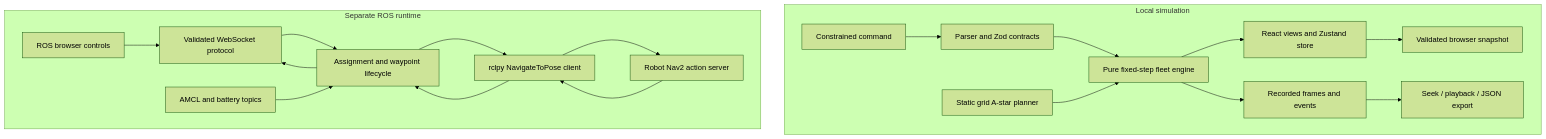
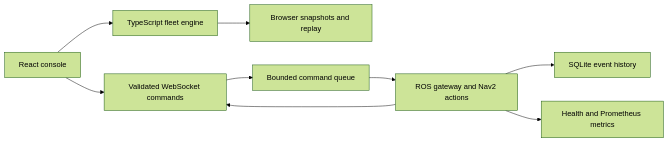
The diagram in README.md (Ekanshthegreat/NodeAI-rework), drawn with Mermaid (forest theme) before and after one commit. The commit also changed other lines of this file and 3 other files, not shown here.

````diff
--- a/README.md
+++ b/README.md
@@ -31,22 +28,11 @@
 ```mermaid
-flowchart TB
-  subgraph Local[Local simulation]
-    Command[Constrained command] --> Validate[Parser and Zod contracts]
-    Validate --> Engine[Pure fixed-step fleet engine]
-    Grid[Static grid A-star planner] --> Engine
-    Engine --> Views[React views and Zustand store]
-    Views --> Snapshot[Validated browser snapshot]
-    Engine --> Record[Recorded frames and events]
-    Record --> Playback[Seek / playback / JSON export]
-  end
-  subgraph ROS[Separate ROS runtime]
-    UI[ROS browser controls] --> Client[Validated WebSocket protocol]
-    Client --> Gateway[Assignment and waypoint lifecycle]
-    Gateway --> Action[rclpy NavigateToPose client]
-    Action --> Nav2[Robot Nav2 action server]
-    Nav2 --> Action
-    Action --> Gateway
-    Telemetry[AMCL and battery topics] --> Gateway
-    Gateway --> Client
-  end
+flowchart LR
+  Browser[React console] --> Sim[TypeScript fleet engine]
+  Sim --> Replay[Browser snapshots and replay]
+  Browser --> WS[Validated WebSocket commands]
+  WS --> Queue[Bounded command queue]
+  Queue --> ROS[ROS gateway and Nav2 actions]
+  ROS --> Audit[SQLite event history]
+  ROS --> WS
+  ROS --> Health[Health and Prometheus metrics]
 ```
````
